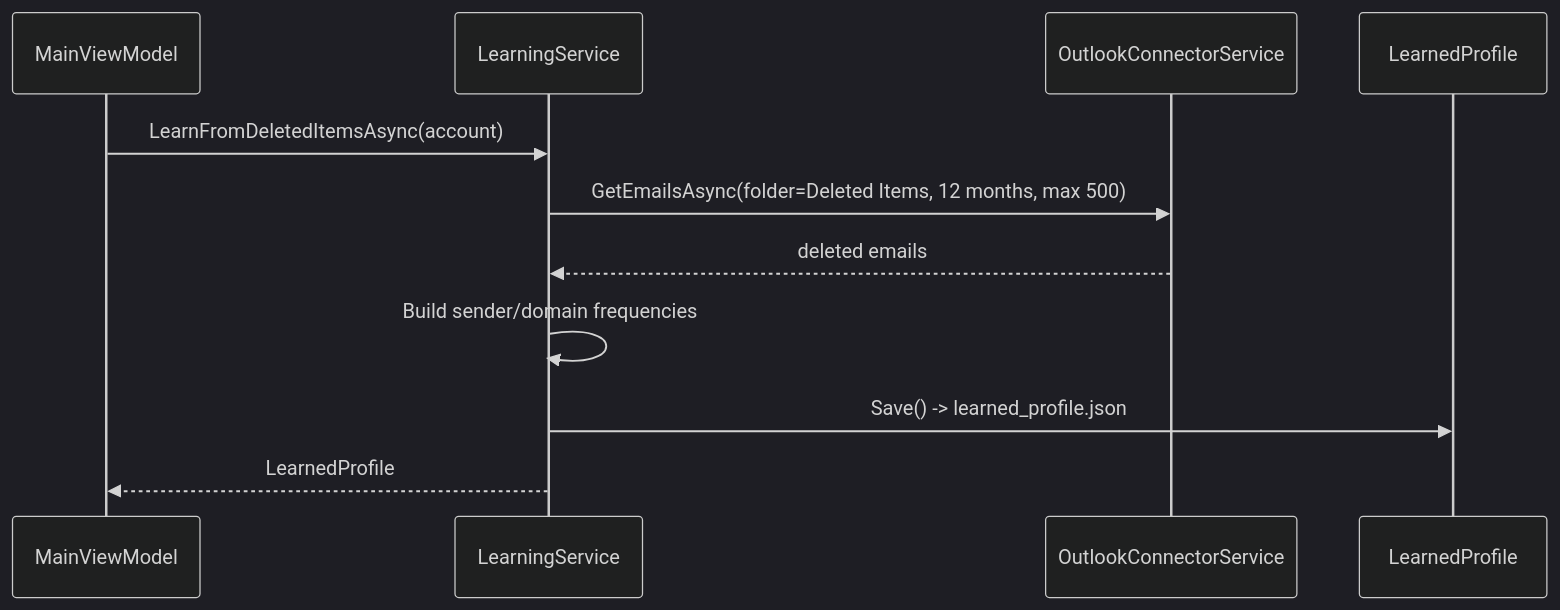
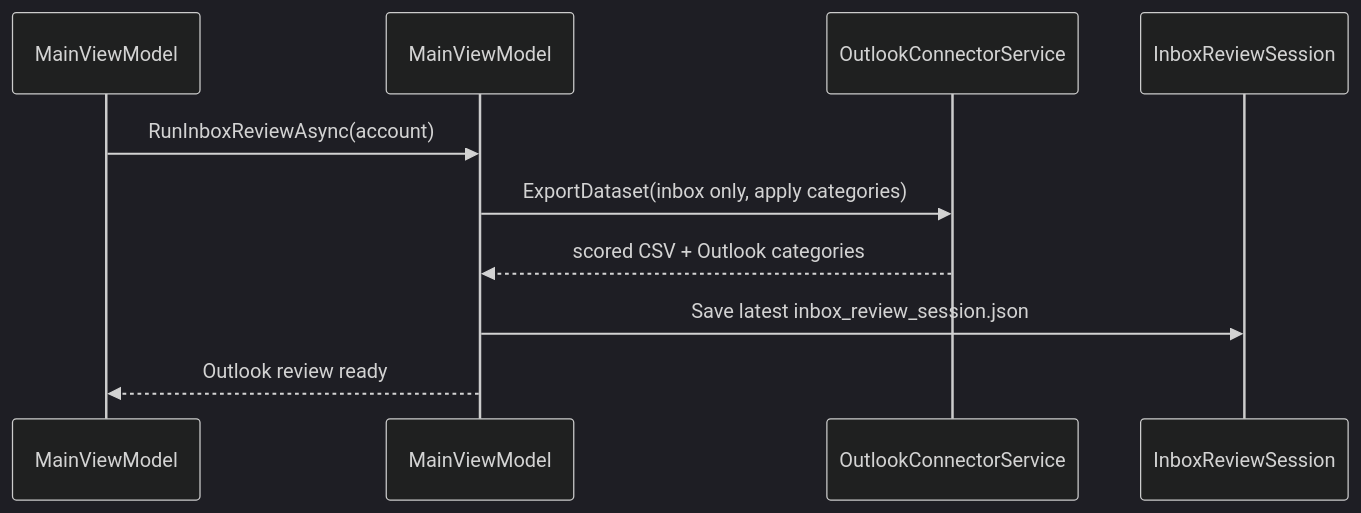
The fourth of 6 diagrams in Docs/MailZen_Architecture_and_User_Manual.md (kbdarius/MailZen), drawn with Mermaid (dark theme) before and after one commit. The commit also changed other lines of this file and 6 other files, not shown here.

Commit message:
Refocus app on inbox review and relearn

````diff
--- a/Docs/MailZen_Architecture_and_User_Manual.md
+++ b/Docs/MailZen_Architecture_and_User_Manual.md
@@ -163,14 +167,13 @@
 ```mermaid
 sequenceDiagram
     participant UI as MainViewModel
-    participant LS as LearningService
+    participant VM as MainViewModel
     participant OCS as OutlookConnectorService
-    participant LP as LearnedProfile
+    participant S as InboxReviewSession
 
-    UI->>LS: LearnFromDeletedItemsAsync(account)
-    LS->>OCS: GetEmailsAsync(folder=Deleted Items, 12 months, max 500)
-    OCS-->>LS: deleted emails
-    LS->>LS: Build sender/domain frequencies
-    LS->>LP: Save() -> learned_profile.json
-    LS-->>UI: LearnedProfile
+    UI->>VM: RunInboxReviewAsync(account)
+    VM->>OCS: ExportDataset(inbox only, apply categories)
+    OCS-->>VM: scored CSV + Outlook categories
+    VM->>S: Save latest inbox_review_session.json
+    VM-->>UI: Outlook review ready
 ```
````
